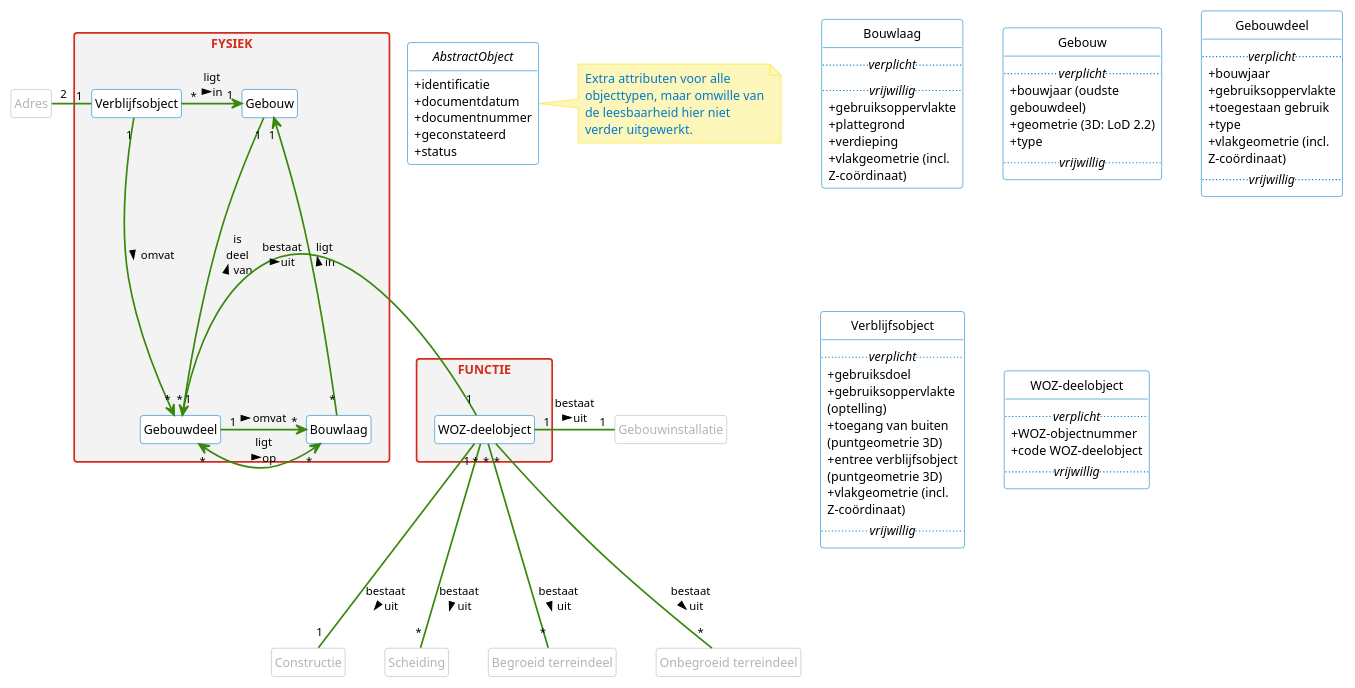
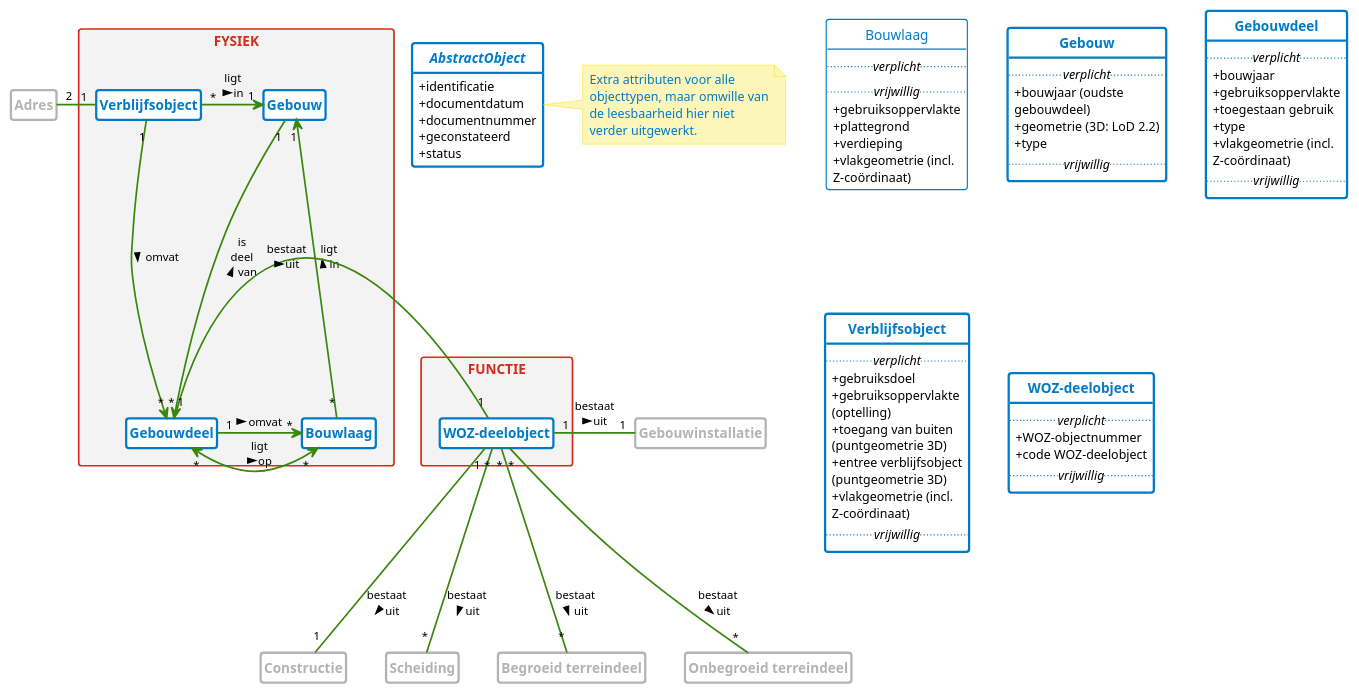
One commit to geobasisregistraties/werkgroep-bouwwerken changed the diagram in model/waarderingskamer.puml. Above: the diagram before and after it, drawn with PlantUML. The commit also changed 7 other files, not shown here.

```diff
--- a/model/waarderingskamer.puml
+++ b/model/waarderingskamer.puml
@@ -40,10 +40,16 @@
     ArrowFontSize 10
 '     ArrowTextAlignment center
     ArrowThickness 1.5
+'     AttributeFontColor #000000
     AttributeIconSize 0
     BackgroundColor #ffffff
     BorderColor #007bc7
+    BorderThickness 2
+    FontColor #007bc7
+    FontSize 12
+    FontStyle bold
 '     StereotypeFontStyle italic
+'     StereotypeFontColor #000000
 }
 
 skinparam class<<extern>> {
@@ -51,6 +57,11 @@
     BorderColor #b4b4b4
     FontColor #b4b4b4
     StereotypeFontColor #b4b4b4
+}
+
+skinparam class<<vrijwillig>> {
+    BorderThickness 1
+    FontStyle normal
 }
 
 skinparam note {
@@ -63,6 +74,7 @@
     BackgroundColor #f3f3f3
     BorderColor #d52b1e
     FontColor #d52b1e
+    FontSize 12
     FontStyle bold
     Style rectangle
 }
```
